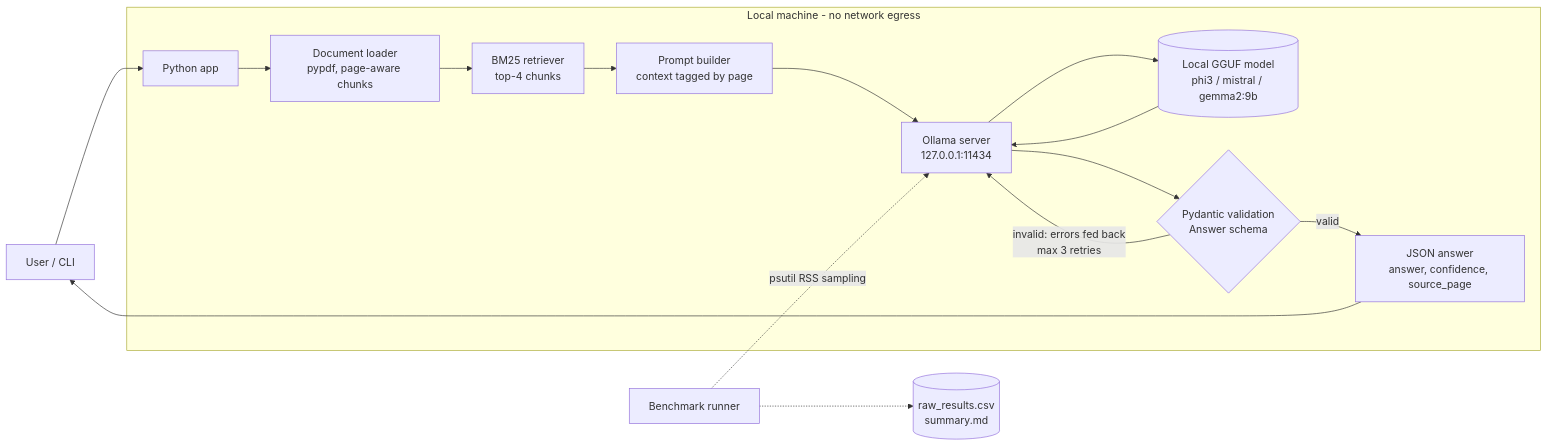
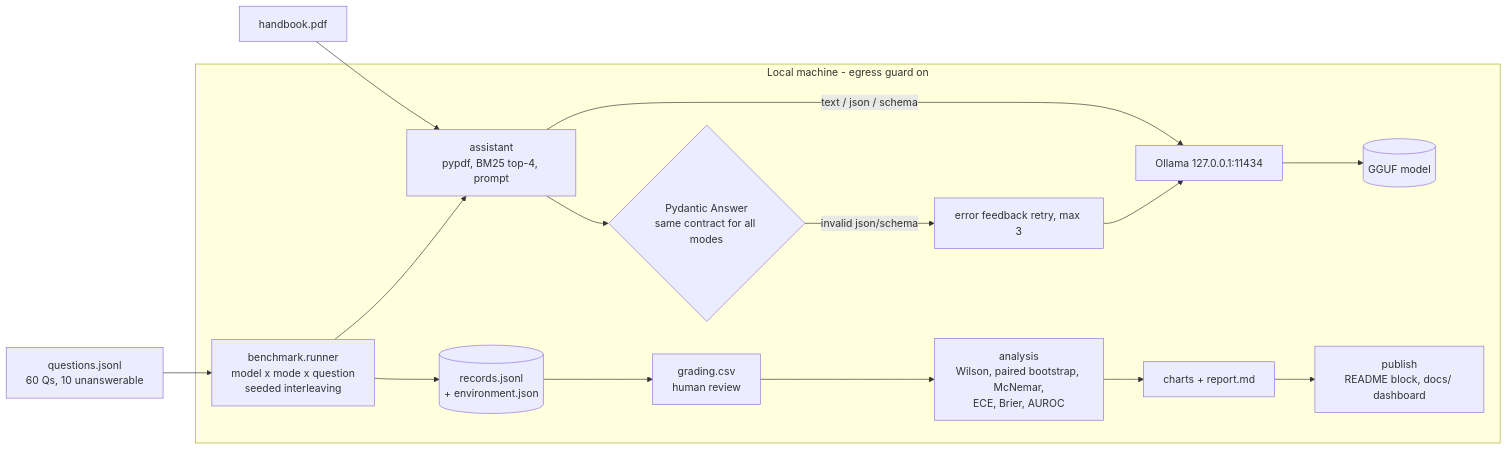
The diagram in README.md (AbdulMuhaiminKhan/privacy-first-llm-eval), drawn with Mermaid before and after one commit. The commit also changed other lines of this file and 47 other files, not shown here.

````diff
--- a/README.md
+++ b/README.md
@@ -27,18 +192,17 @@
 ```mermaid
 flowchart LR
-    U[User / CLI] --> P[Python app]
-    subgraph Local machine - no network egress
-        P --> L[Document loader<br/>pypdf, page-aware chunks]
-        L --> R[BM25 retriever<br/>top-4 chunks]
-        R --> PR[Prompt builder<br/>context tagged by page]
-        PR --> O[Ollama server<br/>127.0.0.1:11434]
-        O --> M[(Local GGUF model<br/>phi3 / mistral / gemma2:9b)]
-        M --> O
-        O --> V{Pydantic validation<br/>Answer schema}
-        V -- invalid: errors fed back<br/>max 3 retries --> O
-        V -- valid --> A[JSON answer<br/>answer, confidence, source_page]
+    Q[questions.jsonl<br/>60 Qs, 10 unanswerable] --> RUN
+    D[handbook.pdf] --> A
+    subgraph Local machine - egress guard on
+        RUN[benchmark.runner<br/>model x mode x question<br/>seeded interleaving] --> A[assistant<br/>pypdf, BM25 top-4, prompt]
+        A -->|text / json / schema| O[Ollama 127.0.0.1:11434]
+        O --> M[(GGUF model)]
+        A --> V{Pydantic Answer<br/>same contract for all modes}
+        V -- invalid json/schema --> R[error feedback retry, max 3] --> O
+        RUN --> J[(records.jsonl<br/>+ environment.json)]
+        J --> G[grading.csv<br/>human review]
+        G --> S[analysis<br/>Wilson, paired bootstrap, McNemar,<br/>ECE, Brier, AUROC]
+        S --> C[charts + report.md]
+        C --> P[publish<br/>README block, docs/ dashboard]
     end
-    A --> U
-    B[Benchmark runner] -.->|psutil RSS sampling| O
-    B -.-> CSV[(raw_results.csv<br/>summary.md)]
 ```
````
